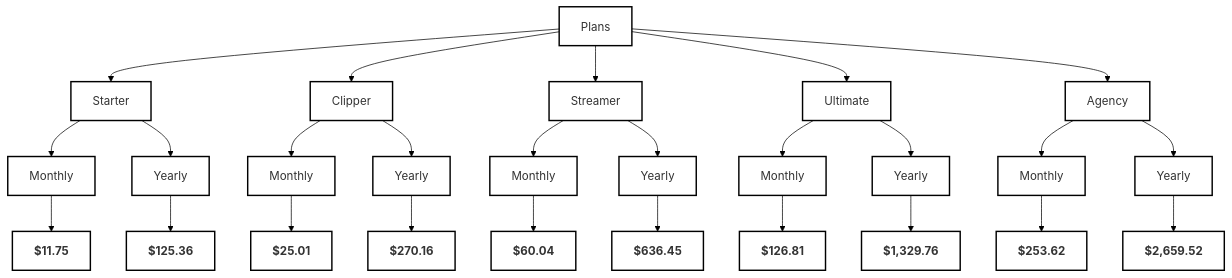
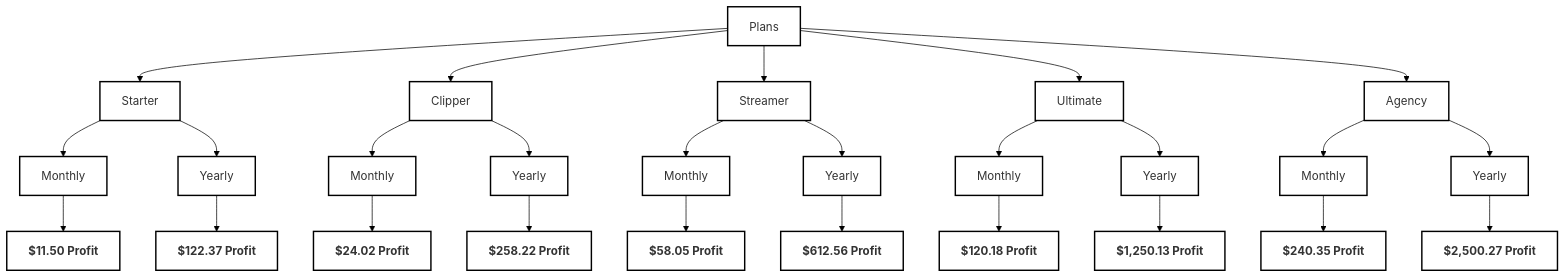
The diagram in README.md (thejmm/CashClips), drawn with Mermaid before and after one commit. The commit also changed other lines of this file, not shown here.

`````diff
--- a/README.md
+++ b/README.md
@@ -36,37 +73,37 @@
 ```mermaid
 graph TD
     A[Plans] --> B[Starter]
     A --> C[Clipper]
     A --> D[Streamer]
     A --> E[Ultimate]
     A --> F[Agency]
 
     B --> BM[Monthly]
     B --> BY[Yearly]
     C --> CM[Monthly]
     C --> CY[Yearly]
     D --> DM[Monthly]
     D --> DY[Yearly]
     E --> EM[Monthly]
     E --> EY[Yearly]
     F --> FM[Monthly]
     F --> FY[Yearly]
 
-    BM --> BMP["$11.75"]
-    BY --> BYP["$125.36"]
-    CM --> CMP["$25.01"]
-    CY --> CYP["$270.16"]
-    DM --> DMP["$60.04"]
-    DY --> DYP["$636.45"]
-    EM --> EMP["$126.81"]
-    EY --> EYP["$1,329.76"]
-    FM --> FMP["$253.62"]
-    FY --> FYP["$2,659.52"]
+    BM --> BMP["$11.50 Profit"]
+    BY --> BYP["$122.37 Profit"]
+    CM --> CMP["$24.02 Profit"]
+    CY --> CYP["$258.22 Profit"]
+    DM --> DMP["$58.05 Profit"]
+    DY --> DYP["$612.56 Profit"]
+    EM --> EMP["$120.18 Profit"]
+    EY --> EYP["$1,250.13 Profit"]
+    FM --> FMP["$240.35 Profit"]
+    FY --> FYP["$2,500.27 Profit"]
 
     classDef default fill:#ffffff,stroke:#000000,stroke-width:2px;
     classDef profit fill:#ffffff,stroke:#000000,stroke-width:2px,font-weight:bold;
     class A,B,C,D,E,F,BM,BY,CM,CY,DM,DY,EM,EY,FM,FY default;
     class BMP,BYP,CMP,CYP,DMP,DYP,EMP,EYP,FMP,FYP profit;
 
     linkStyle default stroke:#000000,stroke-width:1px;
-````
+```
`````
